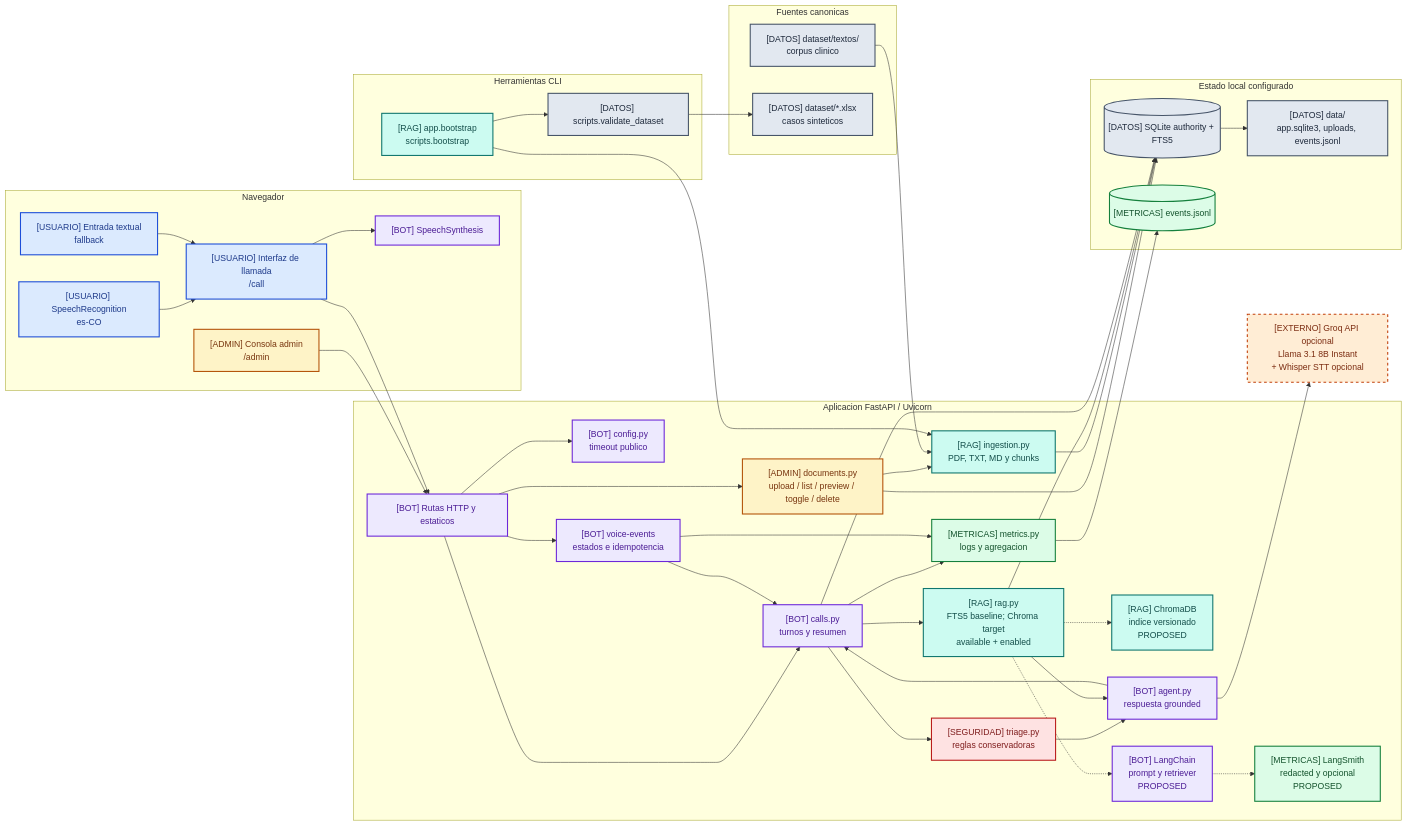
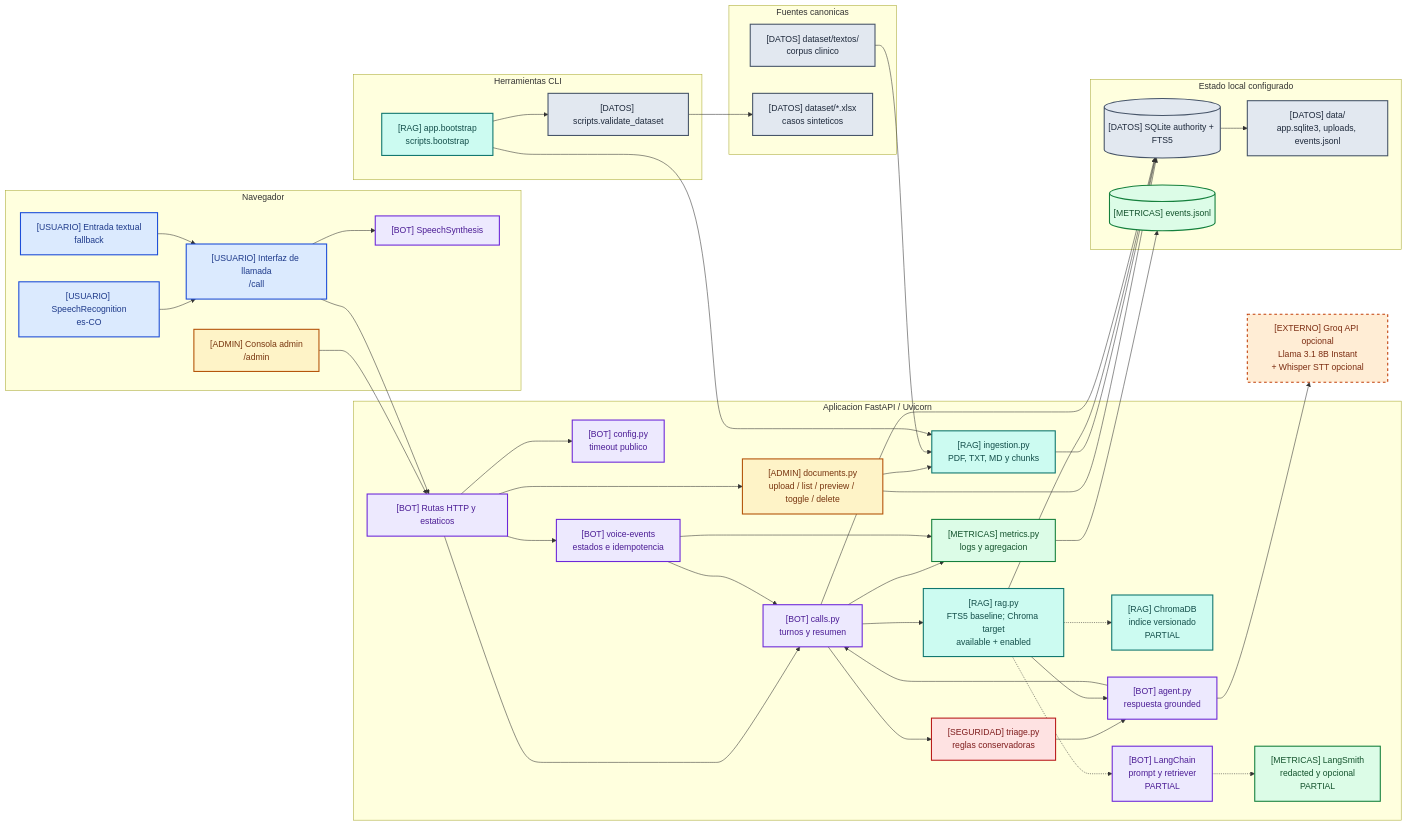
Before and after one commit to JhofredCam/TechSphereChallenge: the first of 3 diagrams in docs/arquitectura.md, drawn with Mermaid. The commit also changed other lines of this file and 16 other files, not shown here.

```diff
--- a/docs/arquitectura.md
+++ b/docs/arquitectura.md
@@ -126,9 +127,9 @@
         Documents["[ADMIN] documents.py<br/>upload / list / preview / toggle / delete"]:::admin
         Ingestion["[RAG] ingestion.py<br/>PDF, TXT, MD y chunks"]:::rag
         RAG["[RAG] rag.py<br/>FTS5 baseline; Chroma target<br/>available + enabled"]:::rag
-        Chroma["[RAG] ChromaDB<br/>indice versionado<br/>PROPOSED"]:::rag
-        Chain["[BOT] LangChain<br/>prompt y retriever<br/>PROPOSED"]:::bot
-        Trace["[METRICAS] LangSmith<br/>redacted y opcional<br/>PROPOSED"]:::metrics
+        Chroma["[RAG] ChromaDB<br/>indice versionado<br/>PARTIAL"]:::rag
+        Chain["[BOT] LangChain<br/>prompt y retriever<br/>PARTIAL"]:::bot
+        Trace["[METRICAS] LangSmith<br/>redacted y opcional<br/>PARTIAL"]:::metrics
         Agent["[BOT] agent.py<br/>respuesta grounded"]:::bot
         Triage["[SEGURIDAD] triage.py<br/>reglas conservadoras"]:::security
         Calls["[BOT] calls.py<br/>turnos y resumen"]:::bot
```
